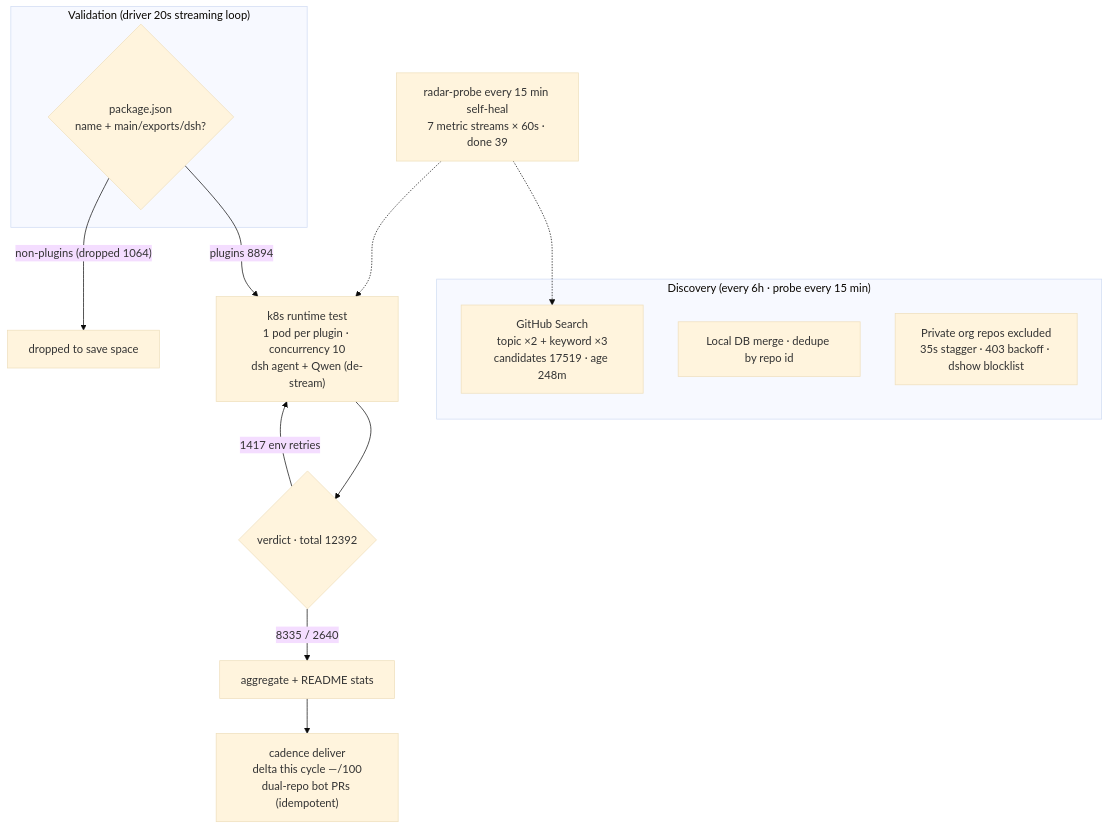
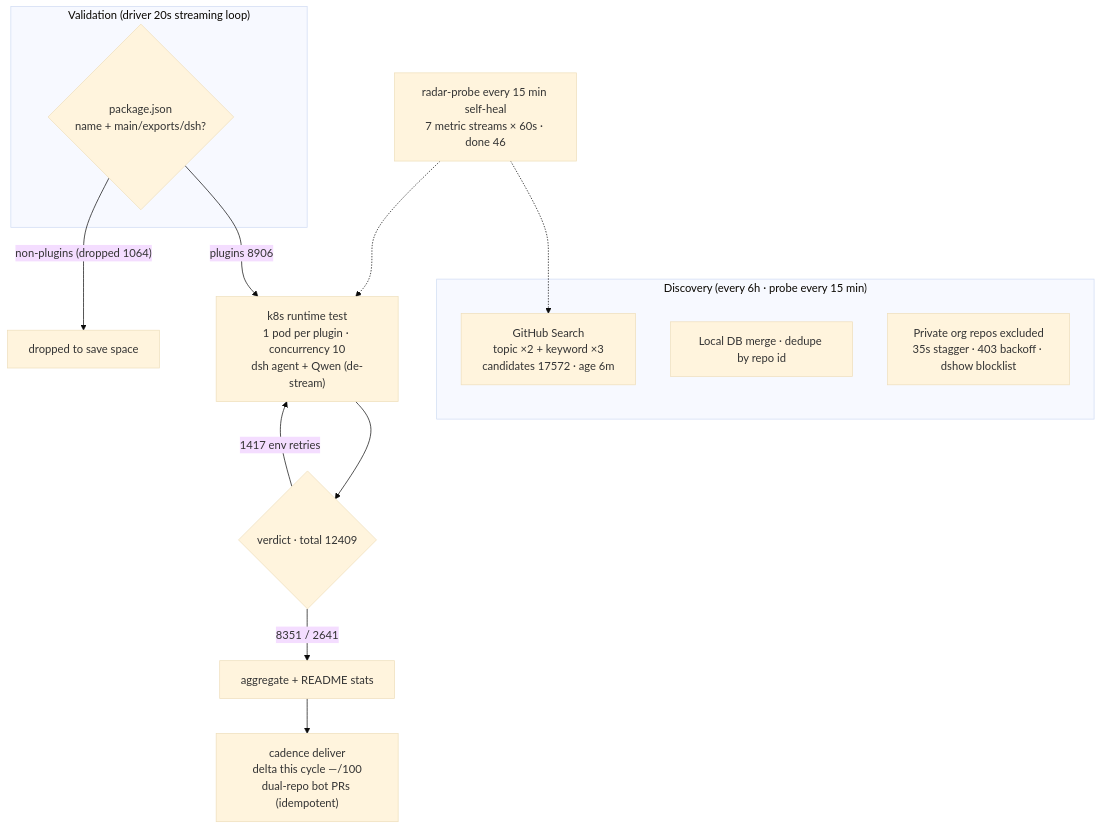
Before and after one commit to AdamPlatin123/awesome-dsh-plugins: the diagram in README.en-US.md, drawn with Mermaid (base theme). The commit also changed other lines of this file and 5 other files, not shown here.

````diff
--- a/README.en-US.md
+++ b/README.en-US.md
@@ -45,20 +45,20 @@
 ```mermaid
 flowchart TB
     subgraph Discovery["Discovery (every 6h · probe every 15 min)"]
-        A1["GitHub Search<br/>topic ×2 + keyword ×3<br/>candidates 17519 · age 248m"]
+        A1["GitHub Search<br/>topic ×2 + keyword ×3<br/>candidates 17572 · age 6m"]
         A2["Local DB merge · dedupe by repo id"]
         A3["Private org repos excluded<br/>35s stagger · 403 backoff · dshow blocklist"]
     end
     subgraph Validation["Validation (driver 20s streaming loop)"]
         B1{"package.json<br/>name + main/exports/dsh?"}
     end
-    B1 -->|"plugins 8894"| C1["k8s runtime test<br/>1 pod per plugin · concurrency 10<br/>dsh agent + Qwen (de-stream)"]
+    B1 -->|"plugins 8906"| C1["k8s runtime test<br/>1 pod per plugin · concurrency 10<br/>dsh agent + Qwen (de-stream)"]
     B1 -->|"non-plugins (dropped 1064)"| B3["dropped to save space"]
-    C1 --> D1{"verdict · total 12392"}
-    D1 -->|"8335 / 2640"| E1["aggregate + README stats"]
+    C1 --> D1{"verdict · total 12409"}
+    D1 -->|"8351 / 2641"| E1["aggregate + README stats"]
     D1 -->|"1417 env retries"| C1
     E1 --> E2["cadence deliver<br/>delta this cycle —/100<br/>dual-repo bot PRs (idempotent)"]
-    M["radar-probe every 15 min self-heal<br/>7 metric streams × 60s · done 39"]
+    M["radar-probe every 15 min self-heal<br/>7 metric streams × 60s · done 46"]
     M -.-> A1
     M -.-> C1
 ```
````
